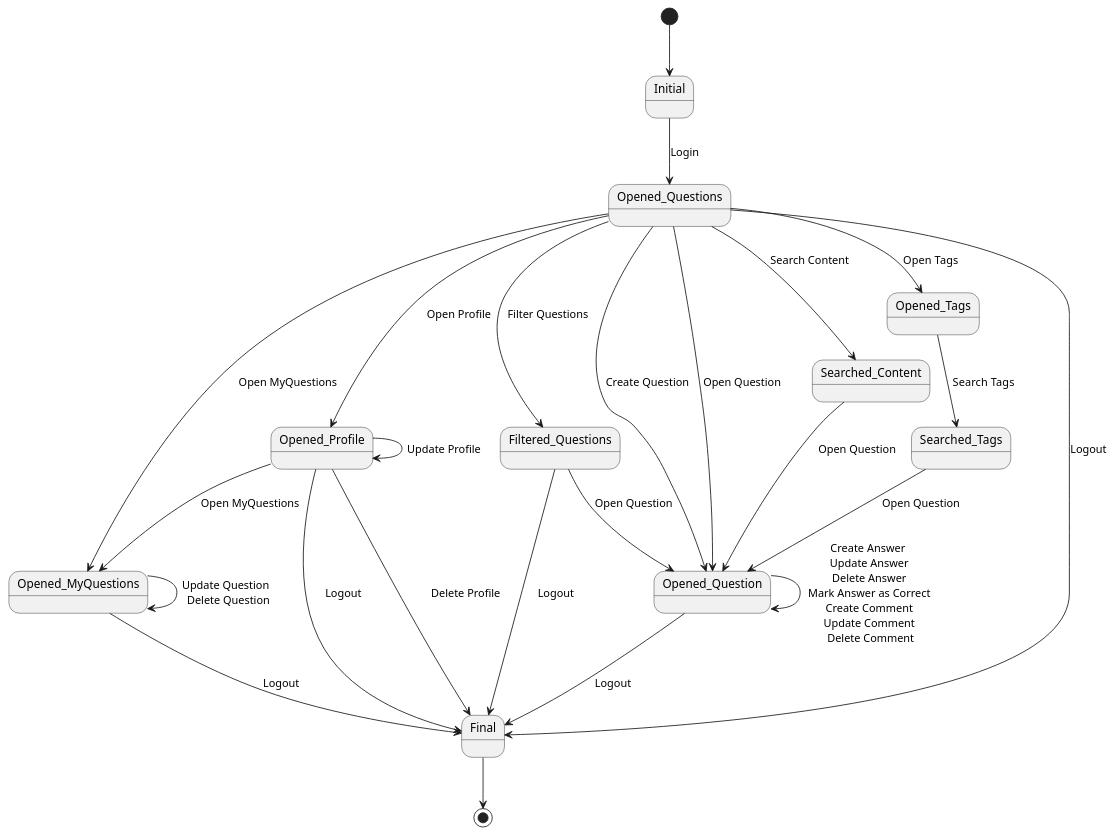
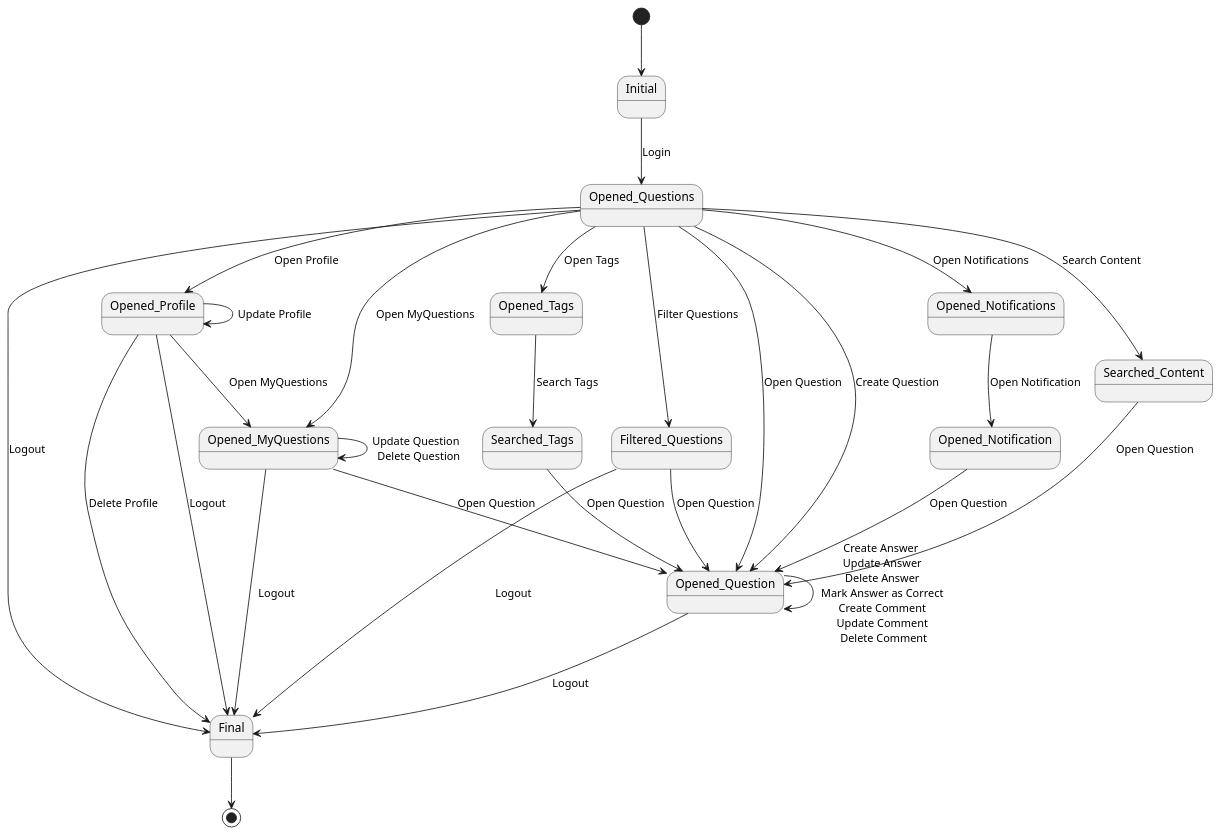
Before and after one commit to rafaelacirino/miw-backend-foro: the diagram in src/main/resources/templates/diagramaDeContextoMember.plantuml, drawn with PlantUML. The commit also changed 7 other files, not shown here.

Commit message:
cambios en diagramas

```diff
--- a/src/main/resources/templates/diagramaDeContextoMember.plantuml
+++ b/src/main/resources/templates/diagramaDeContextoMember.plantuml
@@ -1,36 +1,42 @@
 @startuml
 
 [*] --> Initial
 
 Initial --> Opened_Questions : Login
-Opened_Questions -> Opened_Question : Open Question
-Opened_Questions -> Opened_MyQuestions : Open MyQuestions
+Opened_Questions --> Opened_Question : Open Question
+Opened_Questions --> Opened_MyQuestions : Open MyQuestions
+Opened_MyQuestions --> Opened_Question : Open Question
+Opened_Questions --> Opened_Notifications : Open Notifications
+
 Opened_Questions --> Opened_Question : Create Question
 Opened_Questions --> Opened_Profile : Open Profile
-' Opened_Questions --> Opened_Question : Search Content
 Opened_Questions --> Filtered_Questions : Filter Questions
 Filtered_Questions --> Opened_Question : Open Question
 Opened_Questions --> Final : Logout
 Filtered_Questions --> Final : Logout
+
+Opened_Notifications --> Opened_Notification : Open Notification
+Opened_Notification --> Opened_Question : Open Question
+
 
 Opened_Questions --> Searched_Content : Search Content
 Searched_Content --> Opened_Question : Open Question
 
 Opened_Questions --> Opened_Tags : Open Tags
 Opened_Tags --> Searched_Tags : Search Tags
 Searched_Tags --> Opened_Question : Open Question
 
 Opened_Question --> Opened_Question : Create Answer \n Update Answer \n Delete Answer \n Mark Answer as Correct \n Create Comment \n Update Comment \n Delete Comment
 Opened_Question --> Final : Logout
 
 Opened_MyQuestions --> Opened_MyQuestions : Update Question \n Delete Question
 Opened_MyQuestions --> Final : Logout
 
 Opened_Profile --> Opened_MyQuestions : Open MyQuestions
 Opened_Profile --> Opened_Profile : Update Profile
 Opened_Profile --> Final : Delete Profile
 Opened_Profile --> Final : Logout
 
 Final --> [*]
 
 @enduml
```
